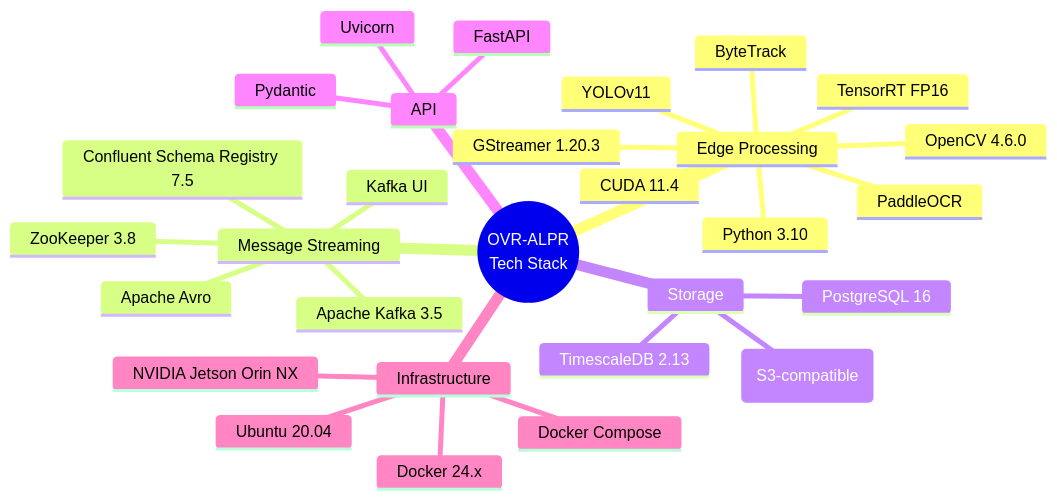
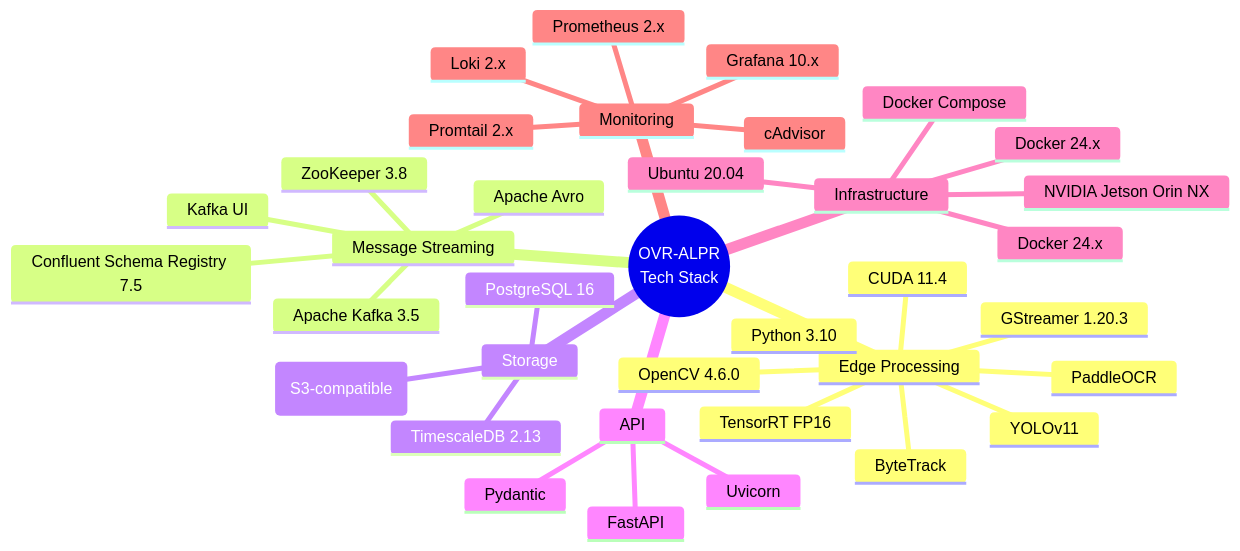
The seventh of 9 diagrams in docs/ALPR_Pipeline/Project_Architecture_Chart.md (Azhundev/oversight-alpr-app), drawn with Mermaid before and after one commit. The commit also changed other lines of this file and 48 other files, not shown here.

First line of the commit message:
docs: Update ALPR Pipeline documentation with monitoring stack and edge/core architecture

````diff
--- a/docs/ALPR_Pipeline/Project_Architecture_Chart.md
+++ b/docs/ALPR_Pipeline/Project_Architecture_Chart.md
@@ -278,32 +312,39 @@
 ```mermaid
 mindmap
   root((OVR-ALPR<br/>Tech Stack))
     Edge Processing
       Python 3.10
       YOLOv11
       TensorRT FP16
       PaddleOCR
       ByteTrack
       OpenCV 4.6.0
       GStreamer 1.20.3
       CUDA 11.4
     Message Streaming
       Apache Kafka 3.5
       Confluent Schema Registry 7.5
       Apache Avro
       ZooKeeper 3.8
       Kafka UI
     Storage
       TimescaleDB 2.13
       PostgreSQL 16
       MinIO (S3-compatible)
     API
       FastAPI
       Uvicorn
       Pydantic
     Infrastructure
       Docker 24.x
+      Docker 24.x
       Docker Compose
       NVIDIA Jetson Orin NX
       Ubuntu 20.04
+    Monitoring
+      Prometheus 2.x
+      Grafana 10.x
+      Loki 2.x
+      Promtail 2.x
+      cAdvisor
 ```
````
